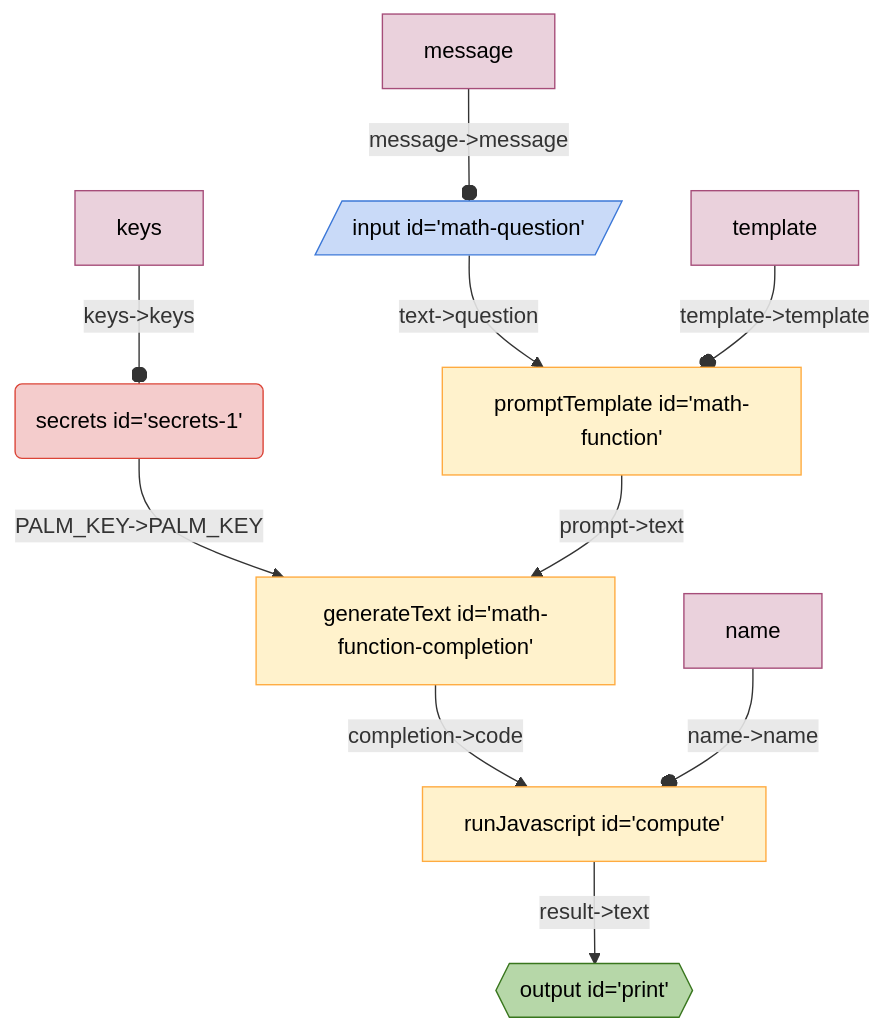
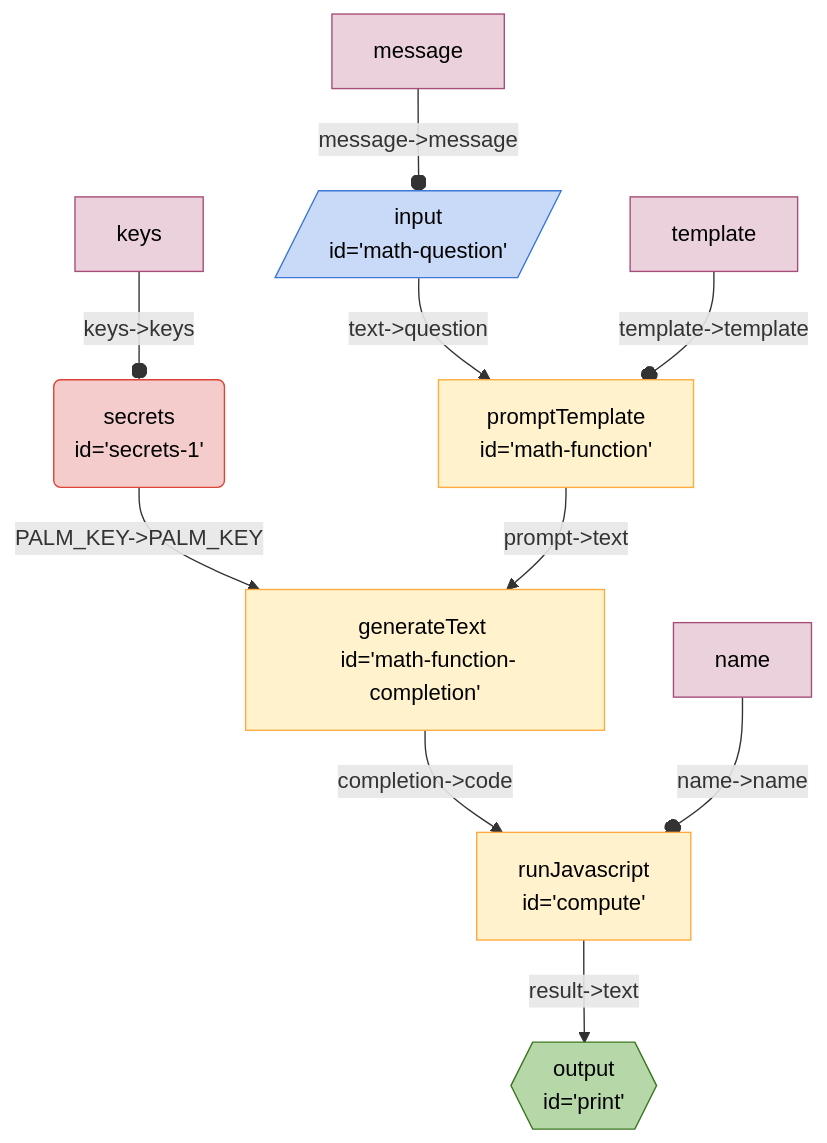
One commit to breadboard-ai/breadboard changed the diagram in seeds/graph-playground/docs/graphs/math.md. Above: the diagram before and after it, drawn with Mermaid. The commit also changed 16 other files, not shown here.

First line of the commit message:
add line break back to mermaid diagrams

````diff
--- a/seeds/graph-playground/docs/graphs/math.md
+++ b/seeds/graph-playground/docs/graphs/math.md
@@ -5,21 +5,21 @@
   ```mermaid
   %%{init: 'themeVariables': { 'fontFamily': 'Fira Code, monospace' }}%%
 graph TD;
-compute["runJavascript id='compute'"] -- "result->text" --> print{{"output id='print'"}}:::output
-mathfunctioncompletion["generateText id='math-function-completion'"] -- "completion->code" --> compute["runJavascript id='compute'"]
-secrets1("secrets id='secrets-1'"):::secrets -- "PALM_KEY->PALM_KEY" --> mathfunctioncompletion["generateText id='math-function-completion'"]
-mathfunction["promptTemplate id='math-function'"] -- "prompt->text" --> mathfunctioncompletion["generateText id='math-function-completion'"]
-mathquestion[/"input id='math-question'"/]:::input -- "text->question" --> mathfunction["promptTemplate id='math-function'"]
+compute["runJavascript <br> id='compute'"] -- "result->text" --> print{{"output <br> id='print'"}}:::output
+mathfunctioncompletion["generateText <br> id='math-function-completion'"] -- "completion->code" --> compute["runJavascript <br> id='compute'"]
+secrets1("secrets <br> id='secrets-1'"):::secrets -- "PALM_KEY->PALM_KEY" --> mathfunctioncompletion["generateText <br> id='math-function-completion'"]
+mathfunction["promptTemplate <br> id='math-function'"] -- "prompt->text" --> mathfunctioncompletion["generateText <br> id='math-function-completion'"]
+mathquestion[/"input <br> id='math-question'"/]:::input -- "text->question" --> mathfunction["promptTemplate <br> id='math-function'"]
 messagemathquestion[message]:::config -- "message->message" --o mathquestion
 templatemathfunction[template]:::config -- "template->template" --o mathfunction
 namecompute[name]:::config -- "name->name" --o compute
 keyssecrets1[keys]:::config -- "keys->keys" --o secrets1
 classDef default stroke:#ffab40,fill:#fff2ccff,color:#000
 classDef input stroke:#3c78d8,fill:#c9daf8ff,color:#000
 classDef output stroke:#38761d,fill:#b6d7a8ff,color:#000
 classDef passthrough stroke:#a64d79,fill:#ead1dcff,color:#000
 classDef slot stroke:#a64d79,fill:#ead1dcff,color:#000
 classDef config stroke:#a64d79,fill:#ead1dcff,color:#000
 classDef secrets stroke:#db4437,fill:#f4cccc,color:#000
 classDef slotted stroke:#a64d79
   ```
````
